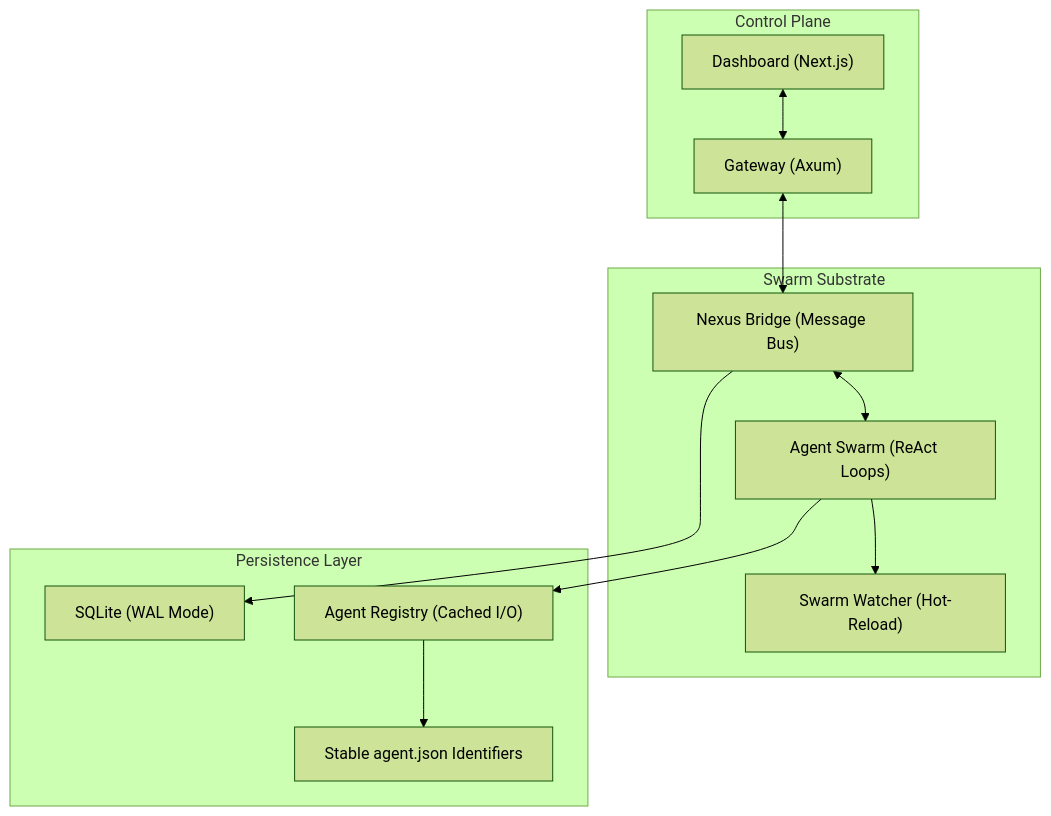
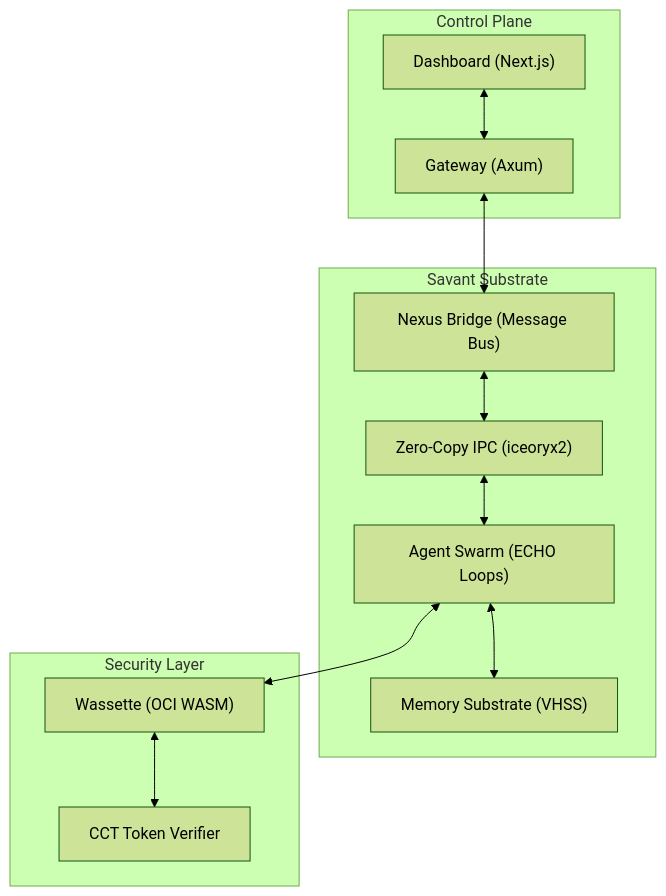
The diagram in README.md (fame0528/Savant), drawn with Mermaid (forest theme) before and after one commit. The commit also changed other lines of this file and 115 other files, not shown here.

````diff
--- a/README.md
+++ b/README.md
@@ -32,18 +66,18 @@
 ```mermaid
 graph TD
     subgraph "Control Plane"
         Dashboard["Dashboard (Next.js)"] <--> Gateway["Gateway (Axum)"]
     end
     
-    subgraph "Swarm Substrate"
+    subgraph "Savant Substrate"
         Gateway <--> Bus["Nexus Bridge (Message Bus)"]
-        Bus <--> Agents["Agent Swarm (ReAct Loops)"]
-        Agents --> Watcher["Swarm Watcher (Hot-Reload)"]
+        Bus <--> Substrate["Zero-Copy IPC (iceoryx2)"]
+        Substrate <--> Agents["Agent Swarm (ECHO Loops)"]
+        Agents <--> VHSS["Memory Substrate (VHSS)"]
     end
     
-    subgraph "Persistence Layer"
-        Bus --> DB["SQLite (WAL Mode)"]
-        Agents --> Registry["Agent Registry (Cached I/O)"]
-        Registry --> Disk["Stable agent.json Identifiers"]
+    subgraph "Security Layer"
+        Agents <--> Sandbox["Wassette (OCI WASM)"]
+        Sandbox <--> Enclave["CCT Token Verifier"]
     end
 ```
````
